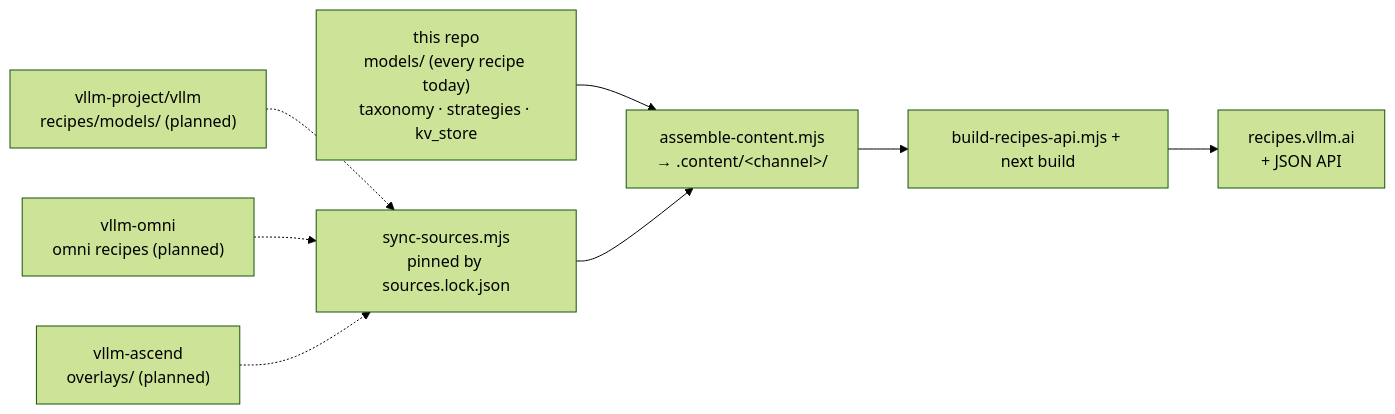
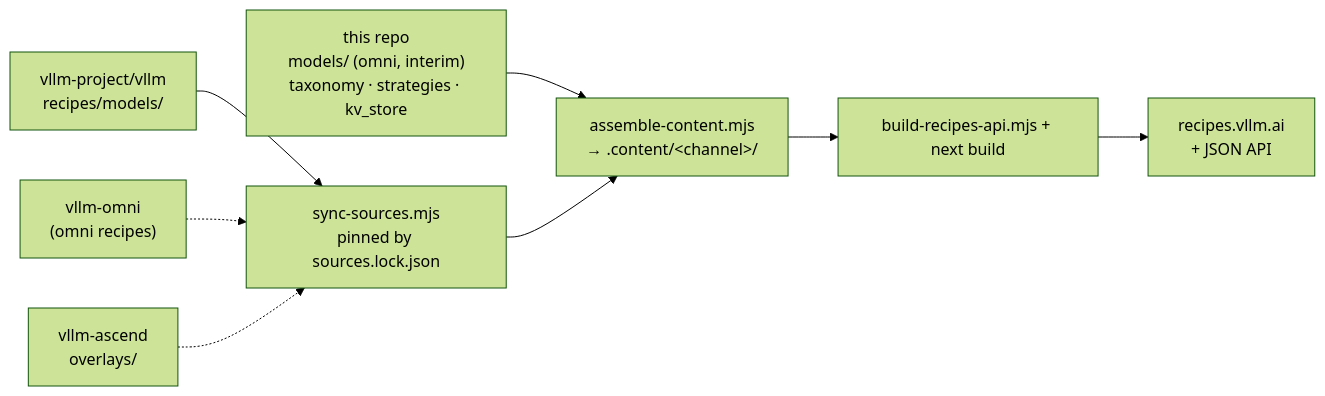
The diagram in data/readmes/vllm-project__recipes.md (zqf20096327/ai_collect), drawn with Mermaid (forest theme) before and after one commit. The commit also changed other lines of this file and 1933 other files, not shown here.

````diff
--- a/data/readmes/vllm-project__recipes.md
+++ b/data/readmes/vllm-project__recipes.md
@@ -127,9 +127,9 @@
 ```mermaid
 flowchart LR
-  vllm["vllm-project/vllm<br/>recipes/models/ (planned)"] -.-> sync
-  omni["vllm-omni<br/>omni recipes (planned)"] -.-> sync
-  ascend["vllm-ascend<br/>overlays/ (planned)"] -.-> sync
-  self["this repo<br/>models/ (every recipe today)<br/>taxonomy · strategies · kv_store"] --> assemble
+  vllm["vllm-project/vllm<br/>recipes/models/"] --> sync
+  omni["vllm-omni<br/>(omni recipes)"] -.-> sync
+  ascend["vllm-ascend<br/>overlays/"] -.-> sync
+  self["this repo<br/>models/ (omni, interim)<br/>taxonomy · strategies · kv_store"] --> assemble
   sync["sync-sources.mjs<br/>pinned by sources.lock.json"] --> assemble["assemble-content.mjs<br/>→ .content/&lt;channel&gt;/"]
   assemble --> build["build-recipes-api.mjs + next build"] --> site["recipes.vllm.ai<br/>+ JSON API"]
 ```
````
